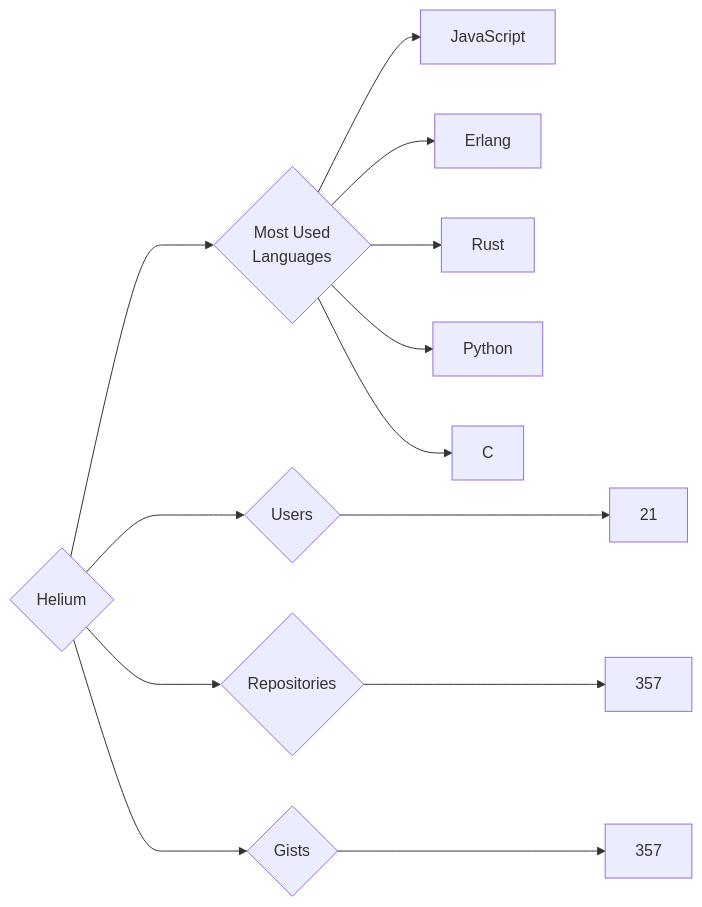
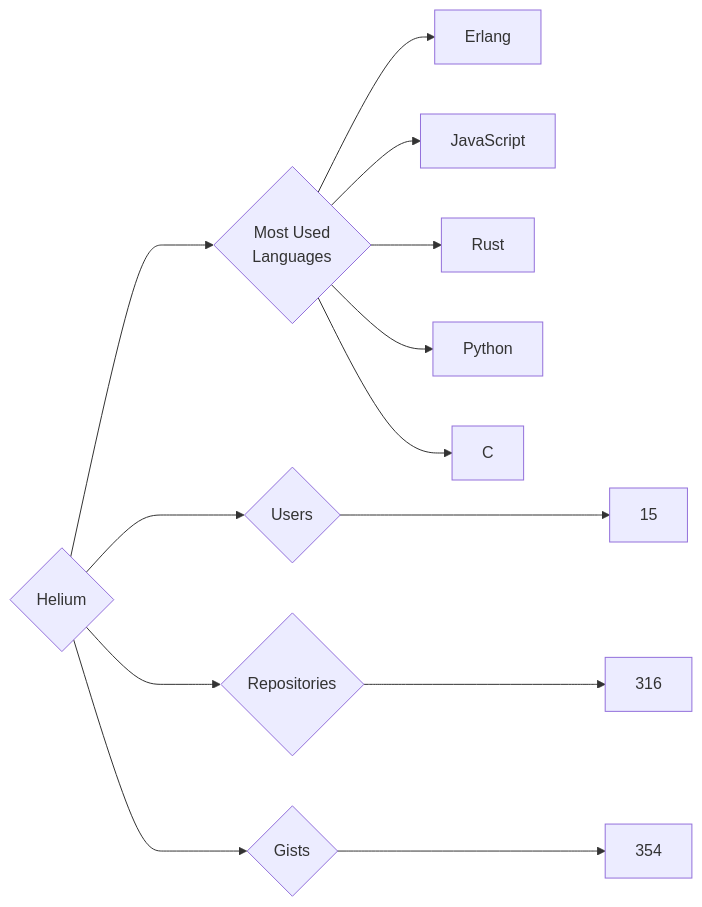
Before and after one commit to trickest/insiders: the diagram in targets/Helium/README.md, drawn with Mermaid. The commit also changed 636 other files, not shown here.

````diff
--- a/targets/Helium/README.md
+++ b/targets/Helium/README.md
@@ -3,13 +3,13 @@
 ```mermaid
 graph LR
 COMPANY_NAME{Helium}
-COMPANY_NAME ---> U{Users} ---> UN[21]
-COMPANY_NAME ---> R{Repositories} ---> RN[357]
-COMPANY_NAME ---> G{Gists} ---> GN[357]
+COMPANY_NAME ---> U{Users} ---> UN[15]
+COMPANY_NAME ---> R{Repositories} ---> RN[316]
+COMPANY_NAME ---> G{Gists} ---> GN[354]
 COMPANY_NAME ---> ML{Most Used<br>Languages}
+ML --> Erlang[Erlang]
 ML --> JavaScript[JavaScript]
-ML --> Erlang[Erlang]
 ML --> Rust[Rust]
 ML --> Python[Python]
 ML --> C[C]
 ```
````
